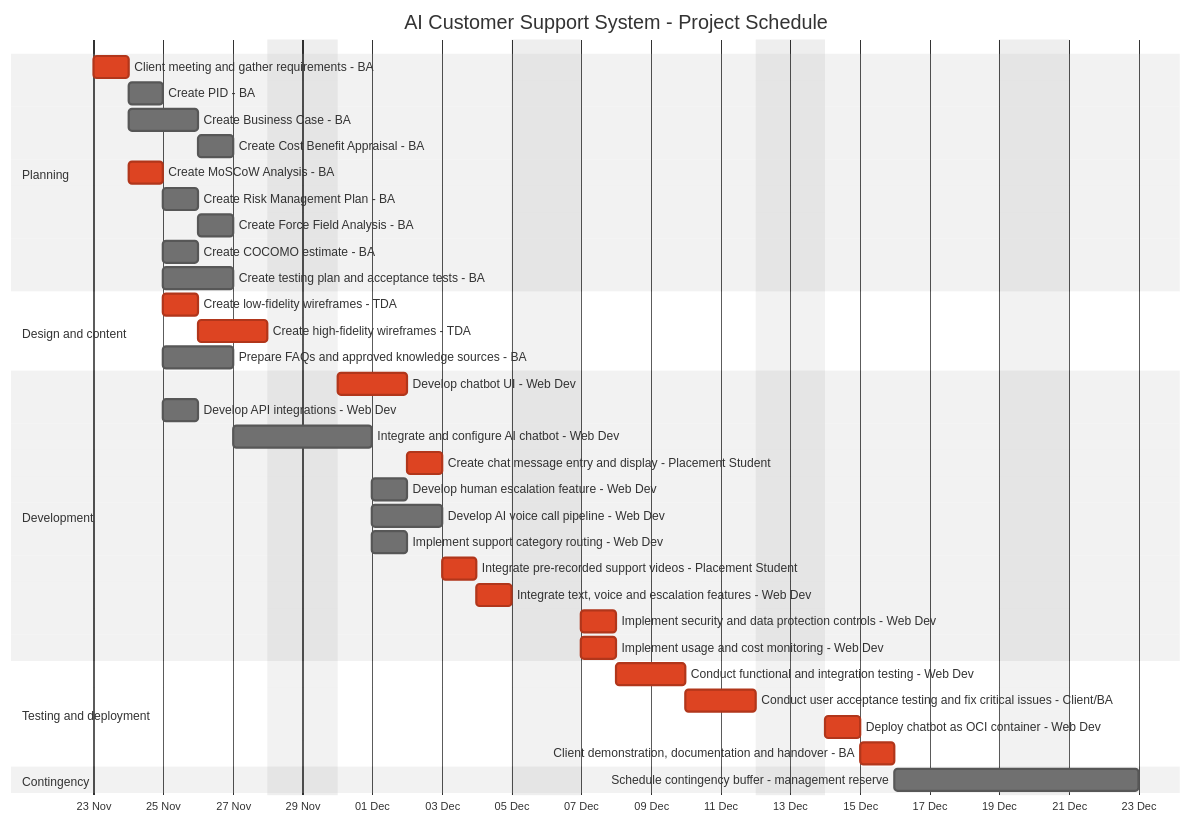
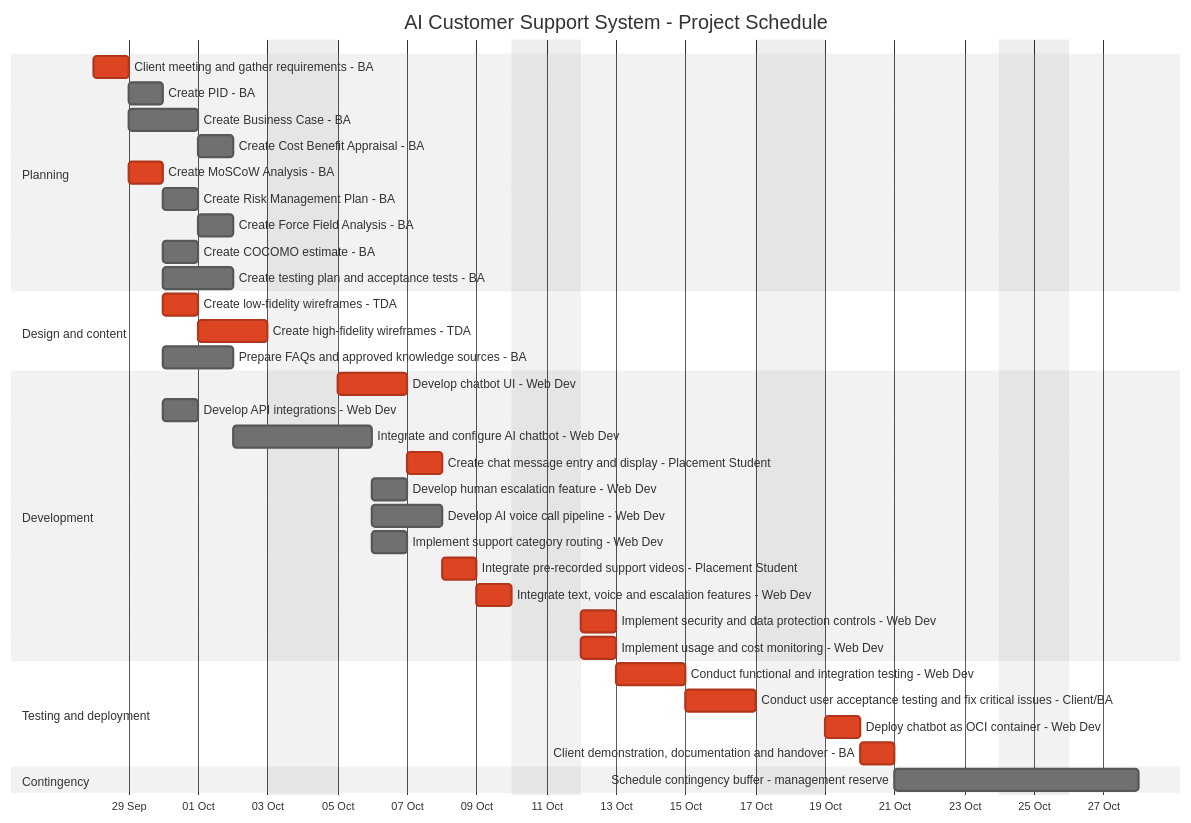
Before and after one commit to SecretiveShell/software-management-y4: the diagram in diagrams/project-gantt.mmd, drawn with Mermaid (neutral theme). The commit also changed 1 other file, not shown here.

Commit message:
Ethics and edit on gantt chart

```diff
--- a/diagrams/project-gantt.mmd
+++ b/diagrams/project-gantt.mmd
@@ -1,39 +1,39 @@
 
 gantt
     title AI Customer Support System - Project Schedule
     dateFormat YYYY-MM-DD
     axisFormat %d %b
     excludes weekends
     section Planning
-    Client meeting and gather requirements - BA              :crit, t1, 2026-11-23, 0.5d
+    Client meeting and gather requirements - BA              :crit, t1, 2026-09-28, 0.5d
     Create PID - BA                                          :t2, after t1, 1d
     Create Business Case - BA                                :t3, after t1, 2d
     Create Cost Benefit Appraisal - BA                       :t4, after t3, 1d
     Create MoSCoW Analysis - BA                              :crit, t5, after t1, 0.5d
     Create Risk Management Plan - BA                         :t6, after t2 t5, 0.5d
     Create Force Field Analysis - BA                          :t9, after t3, 0.5d
     Create COCOMO estimate - BA                              :t10, after t5, 0.5d
     Create testing plan and acceptance tests - BA             :t11, after t5, 2d
     section Design and content
     Create low-fidelity wireframes - TDA                     :crit, t7, after t5, 1d
     Create high-fidelity wireframes - TDA                     :crit, t8, after t7, 2d
     Prepare FAQs and approved knowledge sources - BA          :t14, after t5, 2d
     section Development
     Develop chatbot UI - Web Dev                              :crit, t12, after t8, 2d
     Develop API integrations - Web Dev                        :t13, after t5, 1d
     Integrate and configure AI chatbot - Web Dev              :t15, after t13 t14, 2d
     Create chat message entry and display - Placement Student :crit, t16, after t12 t15, 0.5d
     Develop human escalation feature - Web Dev                 :t17, after t15, 1d
     Develop AI voice call pipeline - Web Dev                   :t18, after t15, 2d
     Implement support category routing - Web Dev               :t19, after t15, 1d
     Integrate pre-recorded support videos - Placement Student  :crit, t20, after t16 t19, 1d
     Integrate text, voice and escalation features - Web Dev    :crit, t21, after t16 t17 t18 t19 t20, 1d
     Implement security and data protection controls - Web Dev  :crit, t22, after t21, 1d
     Implement usage and cost monitoring - Web Dev              :crit, t23, after t21, 1d
     section Testing and deployment
     Conduct functional and integration testing - Web Dev       :crit, t24, after t11 t22 t23, 2d
     Conduct user acceptance testing and fix critical issues - Client/BA :crit, t25, after t24, 2d
     Deploy chatbot as OCI container - Web Dev                  :crit, t26, after t25, 1d
     Client demonstration, documentation and handover - BA      :crit, t27, after t26, 1d
     section Contingency
     Schedule contingency buffer - management reserve            :t28, after t27, 5d
```
